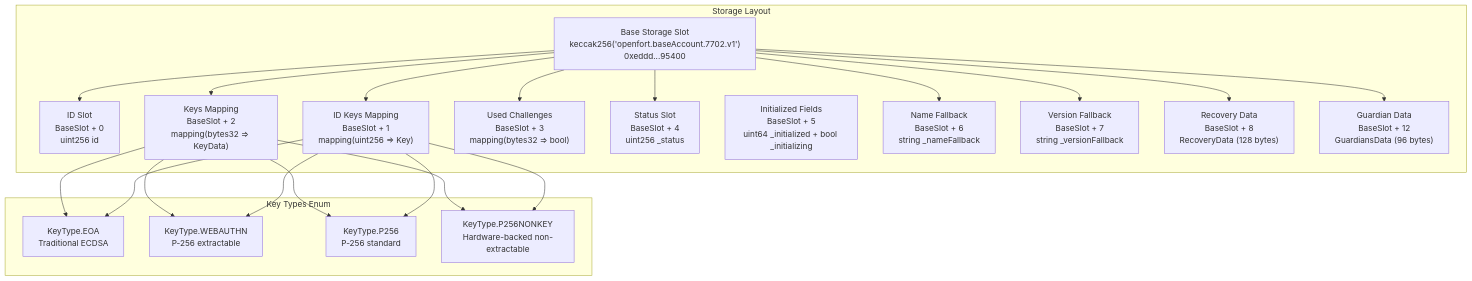
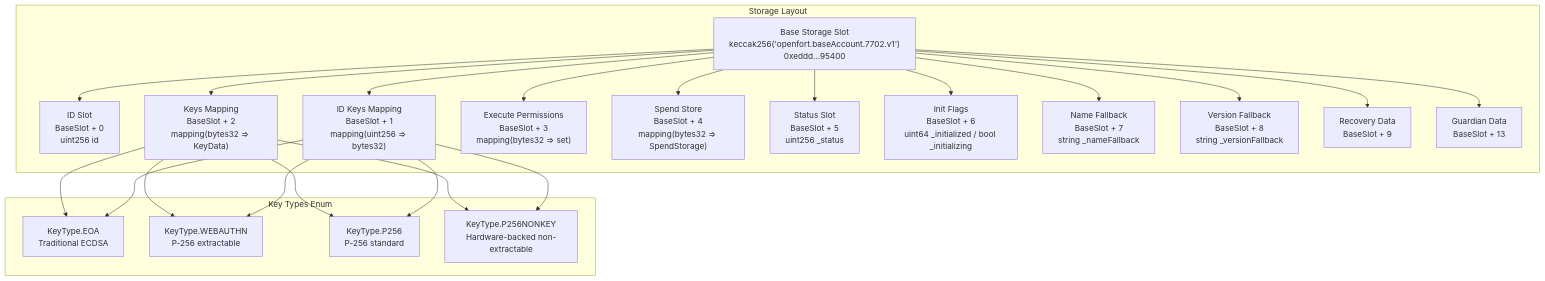
The second of 3 diagrams in docs/Architecture.md (openfort-xyz/openfort-7702-account), drawn with Mermaid before and after one commit. The commit also changed other lines of this file, not shown here.

Commit message:
(doc) docs/Architecture.md

````diff
--- a/docs/Architecture.md
+++ b/docs/Architecture.md
@@ -317,46 +297,49 @@
 ```mermaid
 flowchart TD
     subgraph "Storage Layout"
         BaseSlot["Base Storage Slot<br/>keccak256('openfort.baseAccount.7702.v1')<br/>0xeddd...95400"]
         
         IdSlot["ID Slot<br/>BaseSlot + 0<br/>uint256 id"]
-        IdKeysSlot["ID Keys Mapping<br/>BaseSlot + 1<br/>mapping(uint256 => Key)"]
+        IdKeysSlot["ID Keys Mapping<br/>BaseSlot + 1<br/>mapping(uint256 => bytes32)"]
         KeysSlot["Keys Mapping<br/>BaseSlot + 2<br/>mapping(bytes32 => KeyData)"]
-        ChallengesSlot["Used Challenges<br/>BaseSlot + 3<br/>mapping(bytes32 => bool)"]
-        StatusSlot["Status Slot<br/>BaseSlot + 4<br/>uint256 _status"]
-        InitializedSlot["Initialized Fields<br/>BaseSlot + 5<br/>uint64 _initialized + bool _initializing"]
-        NameSlot["Name Fallback<br/>BaseSlot + 6<br/>string _nameFallback"]
-        VersionSlot["Version Fallback<br/>BaseSlot + 7<br/>string _versionFallback"]
-        RecoverySlot["Recovery Data<br/>BaseSlot + 8<br/>RecoveryData (128 bytes)"]
-        GuardianSlot["Guardian Data<br/>BaseSlot + 12<br/>GuardiansData (96 bytes)"]
+        PermissionsSlot["Execute Permissions<br/>BaseSlot + 3<br/>mapping(bytes32 => set)"]
+        SpendSlot["Spend Store<br/>BaseSlot + 4<br/>mapping(bytes32 => SpendStorage)"]
+        StatusSlot["Status Slot<br/>BaseSlot + 5<br/>uint256 _status"]
+        InitSlot["Init Flags<br/>BaseSlot + 6<br/>uint64 _initialized / bool _initializing"]
+        NameSlot["Name Fallback<br/>BaseSlot + 7<br/>string _nameFallback"]
+        VersionSlot["Version Fallback<br/>BaseSlot + 8<br/>string _versionFallback"]
+        RecoverySlot["Recovery Data<br/>BaseSlot + 9"]
+        GuardianSlot["Guardian Data<br/>BaseSlot + 13"]
     end
     
     subgraph "Key Types Enum"
         EOAType["KeyType.EOA<br/>Traditional ECDSA"]
         WebAuthnType["KeyType.WEBAUTHN<br/>P-256 extractable"]
         P256Type["KeyType.P256<br/>P-256 standard"]
         P256NonKeyType["KeyType.P256NONKEY<br/>Hardware-backed non-extractable"]
     end
 
     %% Storage slot connections
     BaseSlot --> IdSlot
     BaseSlot --> IdKeysSlot
     BaseSlot --> KeysSlot
-    BaseSlot --> ChallengesSlot
+    BaseSlot --> PermissionsSlot
+    BaseSlot --> SpendSlot
     BaseSlot --> StatusSlot
+    BaseSlot --> InitSlot
     BaseSlot --> NameSlot
     BaseSlot --> VersionSlot
     BaseSlot --> RecoverySlot
     BaseSlot --> GuardianSlot
     
     %% Key mappings to key types
     KeysSlot --> EOAType
     KeysSlot --> WebAuthnType
     KeysSlot --> P256Type
     KeysSlot --> P256NonKeyType
     
     IdKeysSlot --> EOAType
     IdKeysSlot --> WebAuthnType
     IdKeysSlot --> P256Type
     IdKeysSlot --> P256NonKeyType
 ```
````
